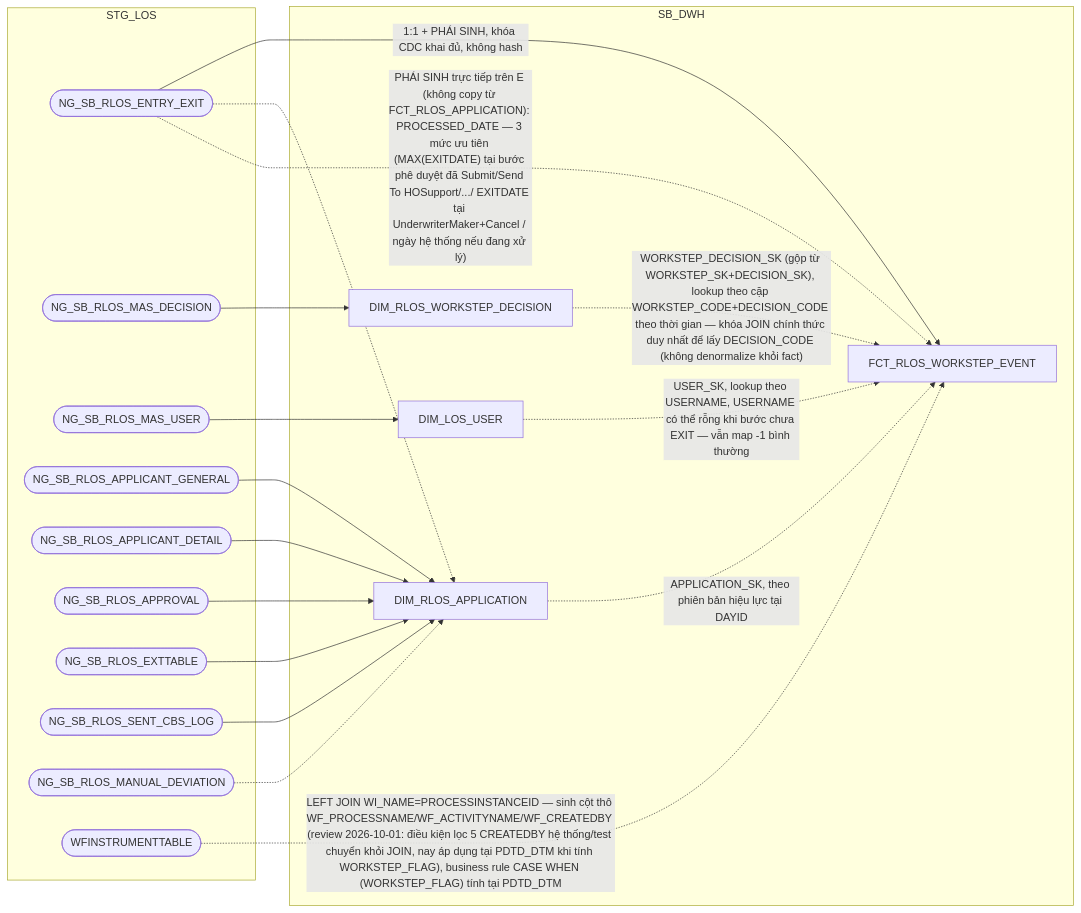
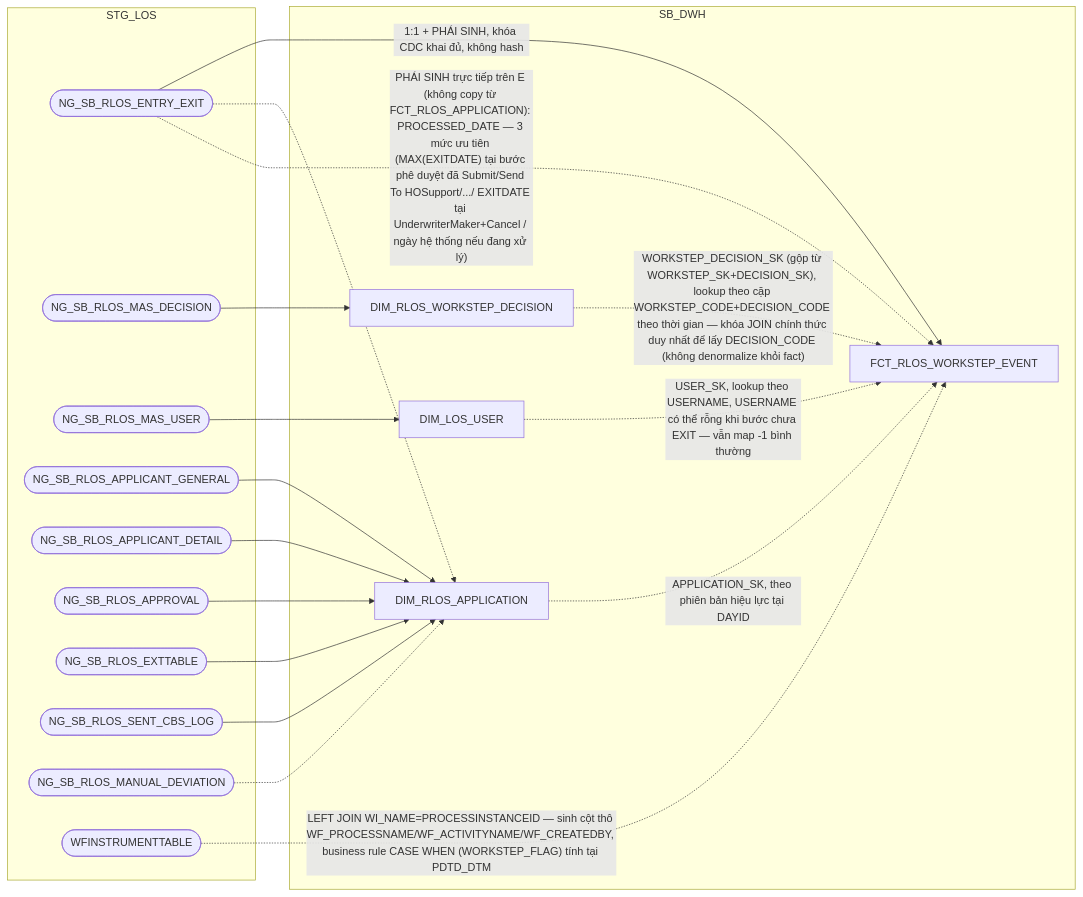
Diagram 12 of 14 in hld/hld_review/HLD_FCT_SB_DWH_review.md (chien1198/sb-mapping-gen), drawn with Mermaid before and after one commit. The commit also changed other lines of this file and 9 other files, not shown here.

````diff
--- a/hld/hld_review/HLD_FCT_SB_DWH_review.md
+++ b/hld/hld_review/HLD_FCT_SB_DWH_review.md
@@ -889,36 +889,36 @@
 ```mermaid
 flowchart LR
     subgraph STG_LOS
         B(["NG_SB_RLOS_ENTRY_EXIT"])
         MW(["NG_SB_RLOS_MAS_DECISION"])
         U(["NG_SB_RLOS_MAS_USER"])
         P1(["NG_SB_RLOS_APPLICANT_GENERAL"])
         P2(["NG_SB_RLOS_APPLICANT_DETAIL"])
         P3(["NG_SB_RLOS_APPROVAL"])
         P4(["NG_SB_RLOS_EXTTABLE"])
         P5(["NG_SB_RLOS_SENT_CBS_LOG"])
         P7(["NG_SB_RLOS_MANUAL_DEVIATION"])
         WF(["WFINSTRUMENTTABLE"])
     end
     subgraph SB_DWH
         WD["DIM_RLOS_WORKSTEP_DECISION"]
         US["DIM_LOS_USER"]
         AP["DIM_RLOS_APPLICATION"]
         E["FCT_RLOS_WORKSTEP_EVENT"]
     end
     B -->|1:1 + PHÁI SINH, khóa CDC khai đủ, không hash| E
     WD -.->|"WORKSTEP_DECISION_SK (gộp từ WORKSTEP_SK+DECISION_SK), lookup theo cặp WORKSTEP_CODE+DECISION_CODE theo thời gian — khóa JOIN chính thức duy nhất để lấy DECISION_CODE (không denormalize khỏi fact)"| E
     US -.->|USER_SK, lookup theo USERNAME, USERNAME có thể rỗng khi bước chưa EXIT — vẫn map -1 bình thường| E
     AP -.->|APPLICATION_SK, theo phiên bản hiệu lực tại DAYID| E
     MW --> WD
     U --> US
     P1 --> AP
     P2 --> AP
     P3 --> AP
     P4 --> AP
     P5 --> AP
     B -.-> AP
     P7 -.-> AP
     B -.->|"PHÁI SINH trực tiếp trên E (không copy từ FCT_RLOS_APPLICATION): PROCESSED_DATE — 3 mức ưu tiên (MAX(EXITDATE) tại bước phê duyệt đã Submit/Send To HOSupport/.../ EXITDATE tại UnderwriterMaker+Cancel / ngày hệ thống nếu đang xử lý)"| E
-    WF -.->|"LEFT JOIN WI_NAME=PROCESSINSTANCEID — sinh cột thô WF_PROCESSNAME/WF_ACTIVITYNAME/WF_CREATEDBY (review 2026-10-01: điều kiện lọc 5 CREATEDBY hệ thống/test chuyển khỏi JOIN, nay áp dụng tại PDTD_DTM khi tính WORKSTEP_FLAG), business rule CASE WHEN (WORKSTEP_FLAG) tính tại PDTD_DTM"| E
+    WF -.->|"LEFT JOIN WI_NAME=PROCESSINSTANCEID — sinh cột thô WF_PROCESSNAME/WF_ACTIVITYNAME/WF_CREATEDBY, business rule CASE WHEN (WORKSTEP_FLAG) tính tại PDTD_DTM"| E
 ```
````
